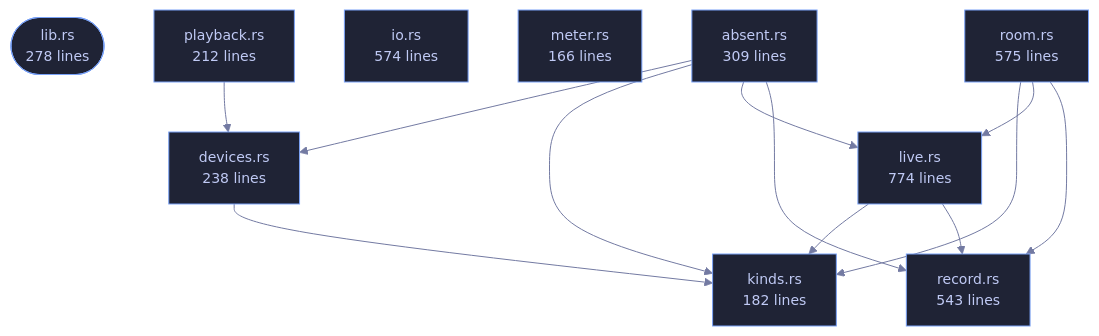
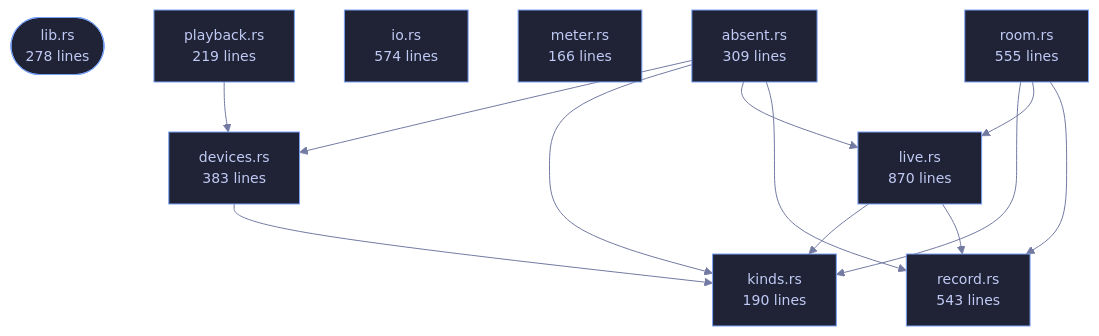
The diagram in crates/veilvoice-audio/README.md (tilas01/veilvoice), drawn with Mermaid before and after one commit. The commit also changed other lines of this file and 54 other files, not shown here.

````diff
--- a/crates/veilvoice-audio/README.md
+++ b/crates/veilvoice-audio/README.md
@@ -80,35 +80,35 @@
 ```mermaid
 %%{init: {"theme":"base","themeVariables":{"background":"#1a1b26","primaryColor":"#1f2335","primaryTextColor":"#c0caf5","primaryBorderColor":"#7aa2f7","secondaryColor":"#16161e","tertiaryColor":"#16161e","lineColor":"#737aa2","textColor":"#c0caf5","mainBkg":"#1f2335","nodeBorder":"#7aa2f7","clusterBkg":"#16161e","clusterBorder":"#2f3549","fontFamily":"ui-monospace, SFMono-Regular, Consolas, monospace","fontSize":"14px"}}}%%
 flowchart TD
     n_lib(["lib.rs<br/>278 lines"])
     n_absent["absent.rs<br/>309 lines"]
-    n_devices["devices.rs<br/>238 lines"]
+    n_devices["devices.rs<br/>383 lines"]
     n_io["io.rs<br/>574 lines"]
-    n_kinds["kinds.rs<br/>182 lines"]
-    n_live["live.rs<br/>774 lines"]
+    n_kinds["kinds.rs<br/>190 lines"]
+    n_live["live.rs<br/>870 lines"]
     n_meter["meter.rs<br/>166 lines"]
-    n_playback["playback.rs<br/>212 lines"]
+    n_playback["playback.rs<br/>219 lines"]
     n_record["record.rs<br/>543 lines"]
-    n_room["room.rs<br/>575 lines"]
+    n_room["room.rs<br/>555 lines"]
     n_absent --> n_devices
     n_absent --> n_kinds
     n_absent --> n_live
     n_absent --> n_record
     n_devices --> n_kinds
     n_live --> n_kinds
     n_live --> n_record
     n_playback --> n_devices
     n_room --> n_kinds
     n_room --> n_live
     n_room --> n_record
     click n_lib href "https://github.com/tilas01/veilvoice/blob/main/crates/veilvoice-audio/src/lib.rs" "open the source"
     click n_absent href "https://github.com/tilas01/veilvoice/blob/main/crates/veilvoice-audio/src/absent.rs" "open the source"
     click n_devices href "https://github.com/tilas01/veilvoice/blob/main/crates/veilvoice-audio/src/devices.rs" "open the source"
     click n_io href "https://github.com/tilas01/veilvoice/blob/main/crates/veilvoice-audio/src/io.rs" "open the source"
     click n_kinds href "https://github.com/tilas01/veilvoice/blob/main/crates/veilvoice-audio/src/kinds.rs" "open the source"
     click n_live href "https://github.com/tilas01/veilvoice/blob/main/crates/veilvoice-audio/src/live.rs" "open the source"
     click n_meter href "https://github.com/tilas01/veilvoice/blob/main/crates/veilvoice-audio/src/meter.rs" "open the source"
     click n_playback href "https://github.com/tilas01/veilvoice/blob/main/crates/veilvoice-audio/src/playback.rs" "open the source"
     click n_record href "https://github.com/tilas01/veilvoice/blob/main/crates/veilvoice-audio/src/record.rs" "open the source"
     click n_room href "https://github.com/tilas01/veilvoice/blob/main/crates/veilvoice-audio/src/room.rs" "open the source"
 ```
````
